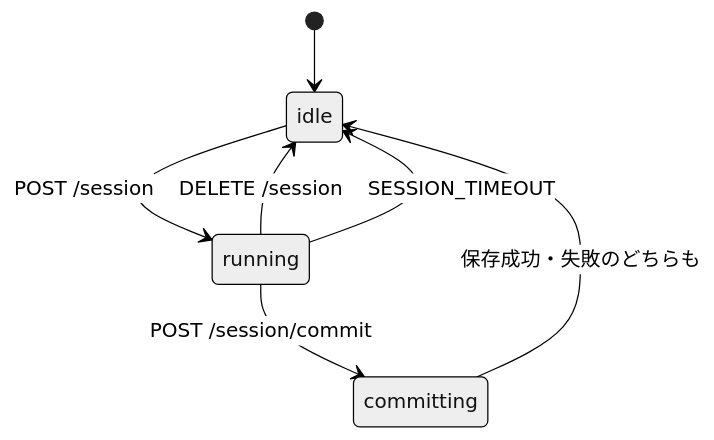
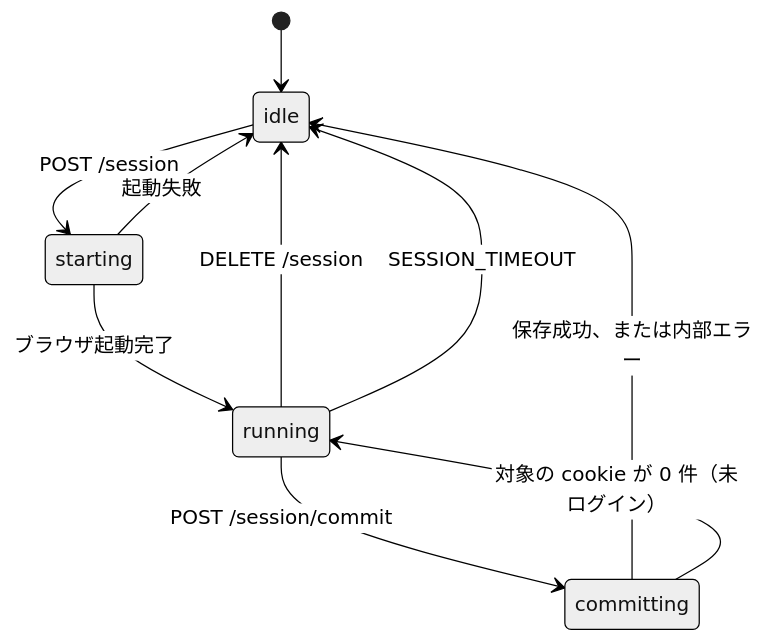
Before and after one commit to nekono-dev/ytdlpServer: the second of 2 diagrams in specs/browserServer/design.md, drawn with Mermaid (neutral theme). The commit also changed other lines of this file and 28 other files, not shown here.

````diff
--- a/specs/browserServer/design.md
+++ b/specs/browserServer/design.md
@@ -40,9 +40,12 @@
 ```mermaid
 stateDiagram-v2
     [*] --> idle
-    idle --> running: POST /session
+    idle --> starting: POST /session
+    starting --> running: ブラウザ起動完了
+    starting --> idle: 起動失敗
     running --> committing: POST /session/commit
-    committing --> idle: 保存成功・失敗のどちらも
+    committing --> idle: 保存成功、または内部エラー
+    committing --> running: 対象の cookie が 0 件（未ログイン）
     running --> idle: DELETE /session
     running --> idle: SESSION_TIMEOUT
 ```
````
